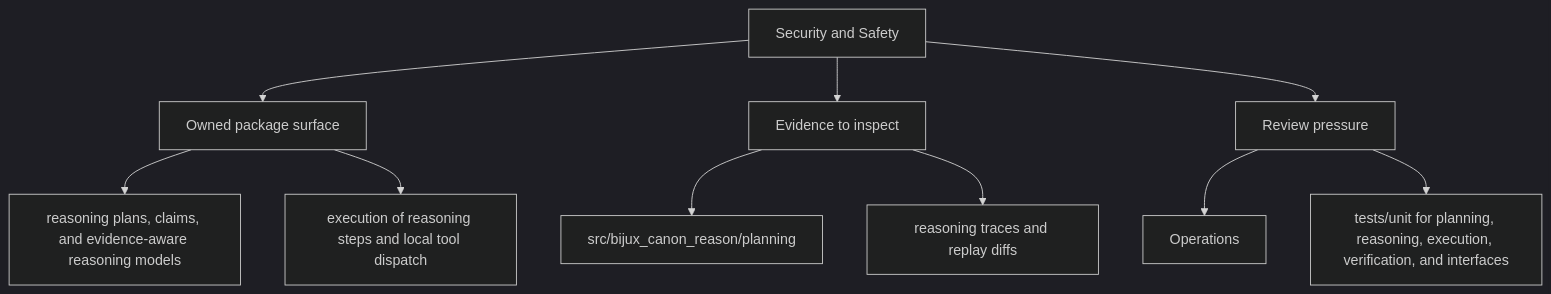
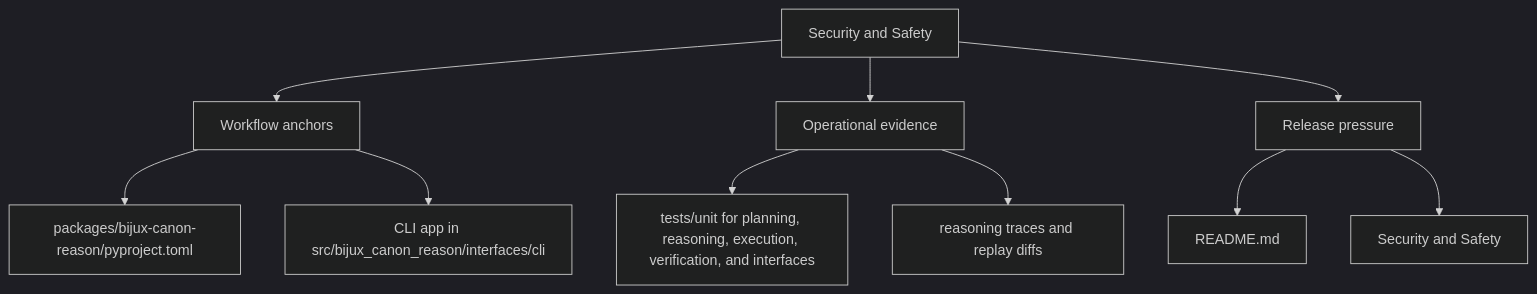
The second of 2 diagrams in docs/bijux-canon-reason/operations/security-and-safety.md (bijux/bijux-canon), drawn with Mermaid (dark theme) before and after one commit. The commit also changed other lines of this file and 250 other files, not shown here.

Commit message:
docs(diagrams): make product page maps more readable

````diff
--- a/docs/bijux-canon-reason/operations/security-and-safety.md
+++ b/docs/bijux-canon-reason/operations/security-and-safety.md
@@ -34,22 +34,22 @@
 ```mermaid
 flowchart TD
     page["Security and Safety"]
-    focus1["Owned package surface"]
+    focus1["Workflow anchors"]
     page --> focus1
-    focus1_1["reasoning plans, claims, and evidence-aware reasoning models"]
+    focus1_1["packages/bijux-canon-reason/pyproject.toml"]
     focus1 --> focus1_1
-    focus1_2["execution of reasoning steps and local tool dispatch"]
+    focus1_2["CLI app in src/bijux_canon_reason/interfaces/cli"]
     focus1 --> focus1_2
-    focus2["Evidence to inspect"]
+    focus2["Operational evidence"]
     page --> focus2
-    focus2_1["src/bijux_canon_reason/planning"]
+    focus2_1["tests/unit for planning, reasoning, execution, verification, and interfaces"]
     focus2 --> focus2_1
     focus2_2["reasoning traces and replay diffs"]
     focus2 --> focus2_2
-    focus3["Review pressure"]
+    focus3["Release pressure"]
     page --> focus3
-    focus3_1["Operations"]
+    focus3_1["README.md"]
     focus3 --> focus3_1
-    focus3_2["tests/unit for planning, reasoning, execution, verification, and interfaces"]
+    focus3_2["Security and Safety"]
     focus3 --> focus3_2
 ```
````
